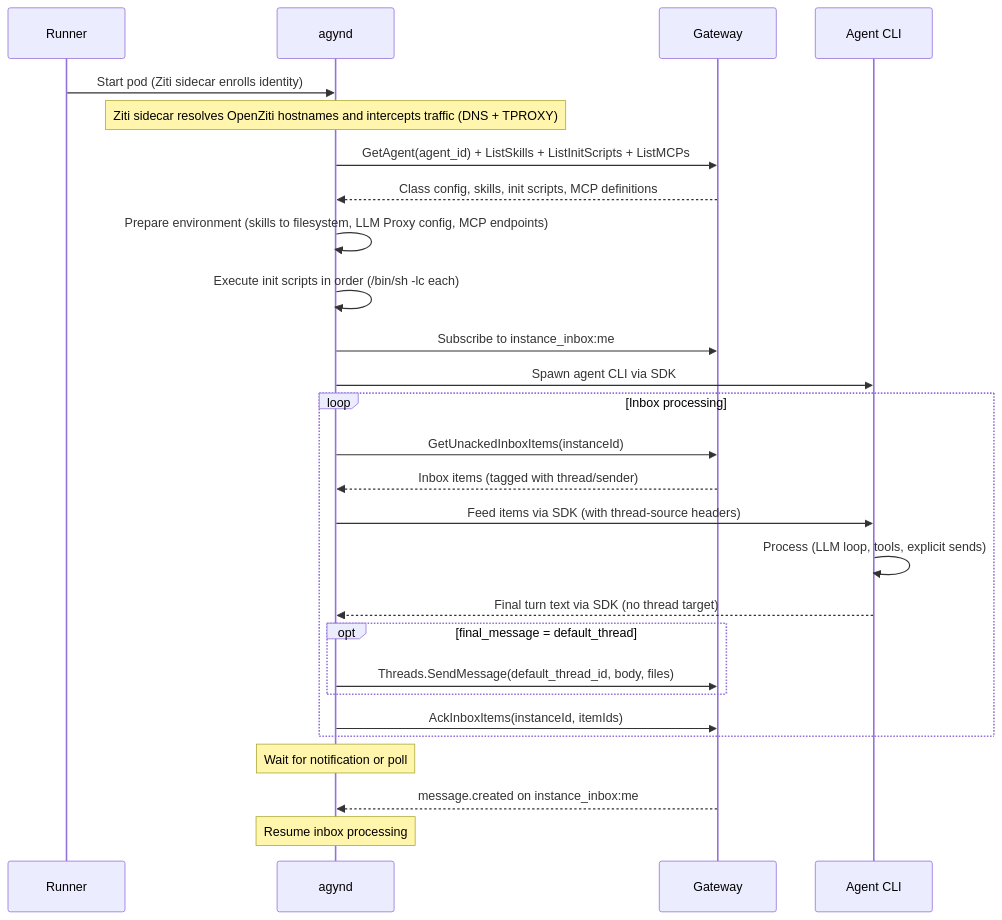
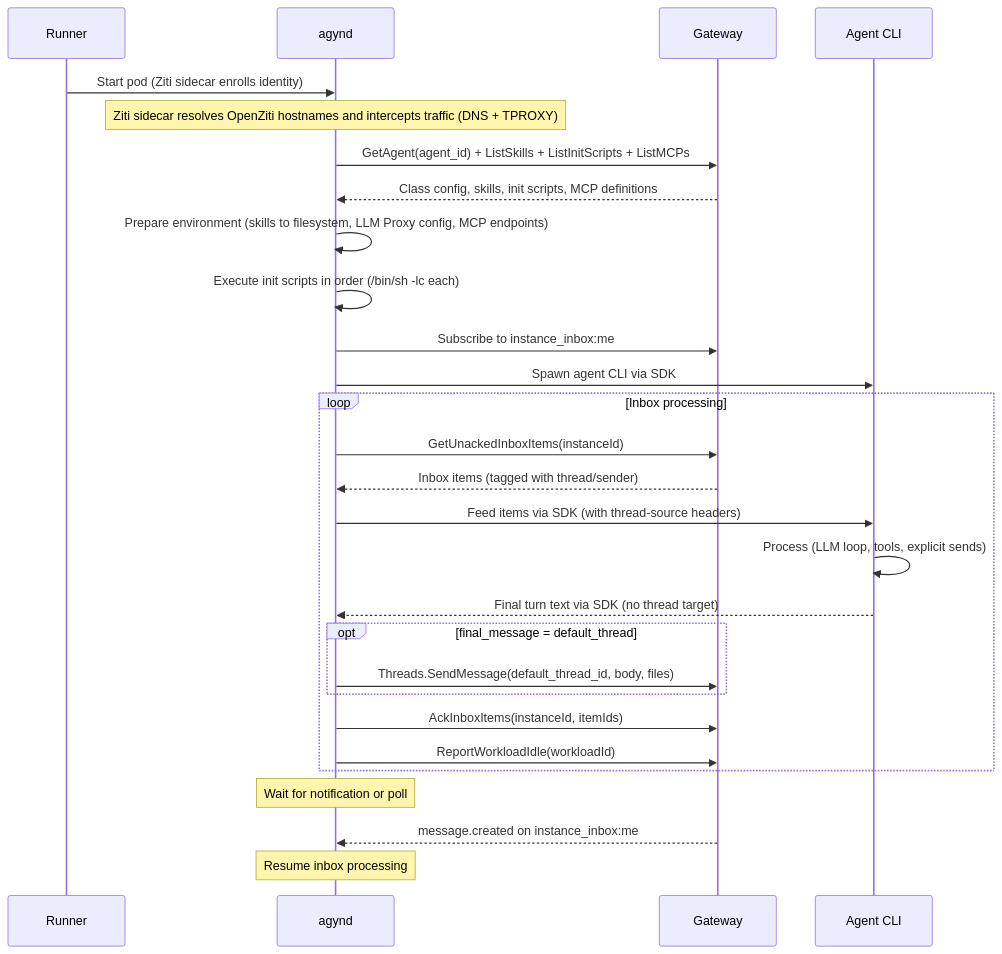
One commit to agynio/architecture changed the second of 2 diagrams in architecture/agynd-cli.md. Above: the diagram before and after it, drawn with Mermaid. The commit also changed other lines of this file and 24 other files, not shown here.

````diff
--- a/architecture/agynd-cli.md
+++ b/architecture/agynd-cli.md
@@ -372,32 +391,33 @@
 ```mermaid
 sequenceDiagram
     participant R as Runner
     participant D as agynd
     participant GW as Gateway
     participant A as Agent CLI
 
     R->>D: Start pod (Ziti sidecar enrolls identity)
     Note over D: Ziti sidecar resolves OpenZiti hostnames and intercepts traffic (DNS + TPROXY)
     D->>GW: GetAgent(agent_id) + ListSkills + ListInitScripts + ListMCPs
     GW-->>D: Class config, skills, init scripts, MCP definitions
     D->>D: Prepare environment (skills to filesystem, LLM Proxy config, MCP endpoints)
     D->>D: Execute init scripts in order (/bin/sh -lc each)
     D->>GW: Subscribe to instance_inbox:me
     D->>A: Spawn agent CLI via SDK
 
     loop Inbox processing
         D->>GW: GetUnackedInboxItems(instanceId)
         GW-->>D: Inbox items (tagged with thread/sender)
         D->>A: Feed items via SDK (with thread-source headers)
         A->>A: Process (LLM loop, tools, explicit sends)
         A-->>D: Final turn text via SDK (no thread target)
         opt final_message = default_thread
             D->>GW: Threads.SendMessage(default_thread_id, body, files)
         end
         D->>GW: AckInboxItems(instanceId, itemIds)
+        D->>GW: ReportWorkloadIdle(workloadId)
     end
 
     Note over D: Wait for notification or poll
     GW-->>D: message.created on instance_inbox:me
     Note over D: Resume inbox processing
 ```
````
